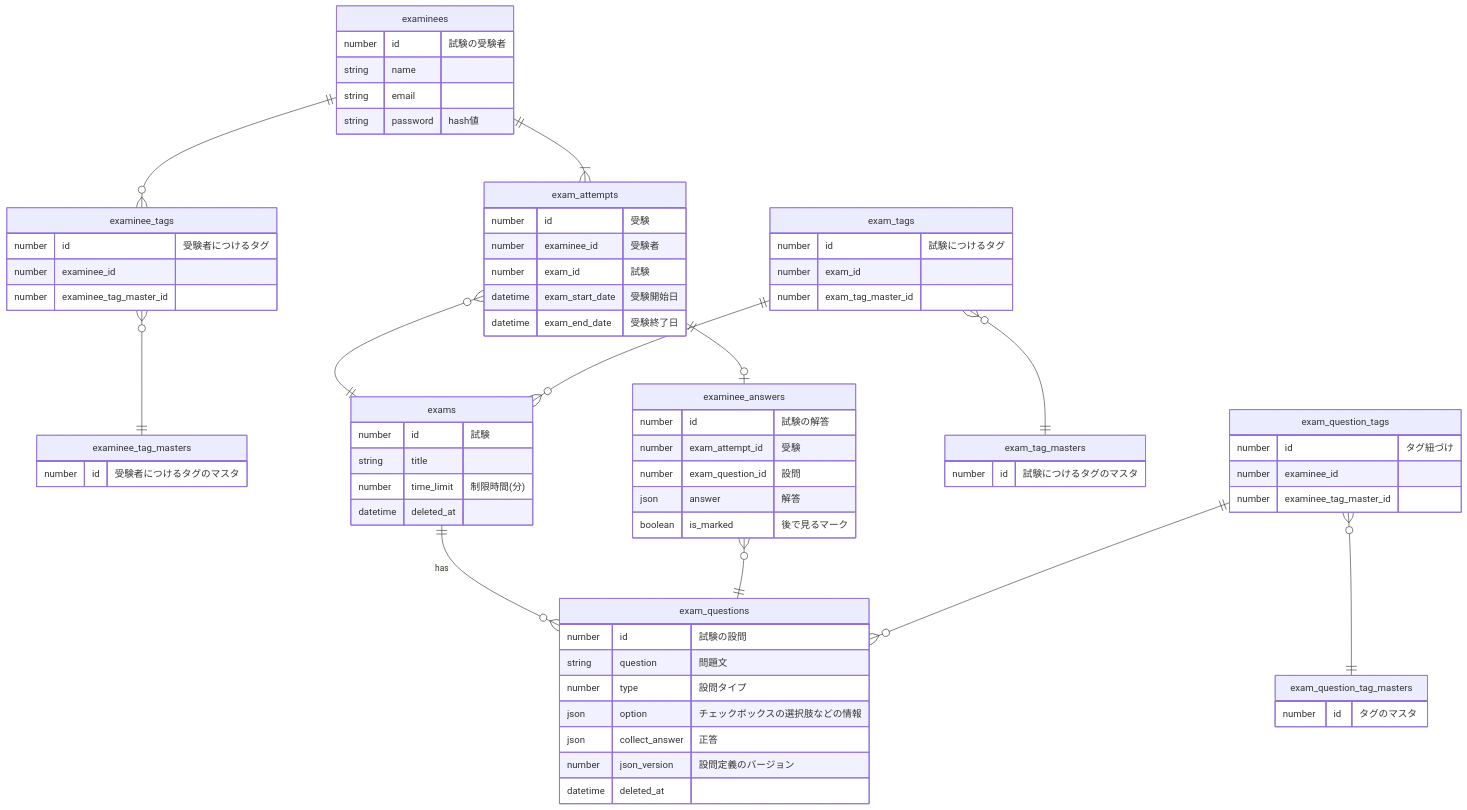
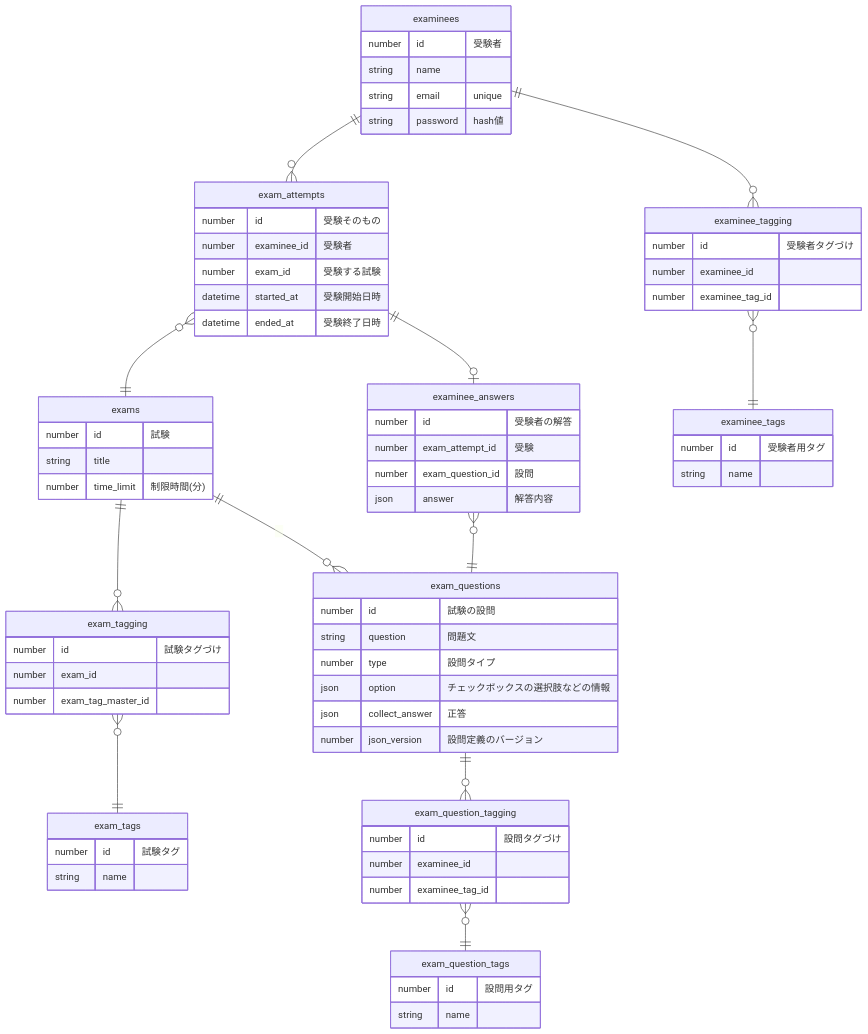
One commit to Nagisa-Ishikawa/AptitudeQuizMaster changed the diagram in doc/設計_ER図.md. Above: the diagram before and after it, drawn with Mermaid. The commit also changed other lines of this file and 2 other files, not shown here.

Commit message:
ER図更新

````diff
--- a/doc/設計_ER図.md
+++ b/doc/設計_ER図.md
@@ -23,78 +13,79 @@
 ```mermaid
 erDiagram
-	examinees {
-		number id "試験の受験者"
-		string name
-		string email
-		string password "hash値"
-	}
-	examinee_tags {
-		number id "受験者につけるタグ"
-		number examinee_id
-		number examinee_tag_master_id
-	}
-	examinee_tag_masters {
-		number id "受験者につけるタグのマスタ"
-	}
-	exam_attempts{
-		number id "受験"
-		number examinee_id "受験者"
-		number exam_id "試験"
-		datetime exam_start_date "受験開始日"
-		datetime exam_end_date "受験終了日"
-	}
-	examinee_answers {
-		number id "試験の解答"
-		number exam_attempt_id "受験"
-		number exam_question_id "設問"
-		json answer "解答"
-		boolean is_marked "後で見るマーク"
-	}
-	exams {
-		number id "試験"
-		string title
-		number time_limit "制限時間(分)"
-		datetime deleted_at
-	}
-	exam_tags {
-		number id "試験につけるタグ"
-		number exam_id
-		number exam_tag_master_id
-	}
-	exam_tag_masters {
-		number id "試験につけるタグのマスタ"
-	}
-	exam_questions {
-		number id "試験の設問"
-		string question "問題文"
-		number type "設問タイプ"
-		json option "チェックボックスの選択肢などの情報"
-		json collect_answer "正答"
-		number json_version "設問定義のバージョン"
-		datetime deleted_at
-	}
-	exam_question_tags {
-		number id "タグ紐づけ"
-		number examinee_id
-		number examinee_tag_master_id
-	}
-	exam_question_tag_masters {
-		number id "タグのマスタ"
-	}
 
-	examinees ||--|{ exam_attempts : ""
-	exam_attempts ||--o| examinee_answers: ""
-	exam_attempts }o--|| exams: ""
-	exams ||--o{ exam_questions : "has"
-	examinee_answers }o--|| exam_questions : ""
+examinees {
+	number id "受験者"
+	string name
+	string email "unique"
+	string password "hash値"
+}
+exam_attempts{
+	number id "受験そのもの"
+	number examinee_id "受験者"
+	number exam_id "受験する試験"
+	datetime started_at "受験開始日時"
+	datetime ended_at "受験終了日時"
+}
+examinee_answers {
+	number id "受験者の解答"
+	number exam_attempt_id "受験"
+	number exam_question_id "設問"
+	json answer "解答内容"
+}
 
-	examinees ||--o{ examinee_tags : ""
-	examinee_tags }o--|| examinee_tag_masters : ""
-	exam_question_tags ||--o{ exam_questions : ""
-	exam_question_tags }o--|| exam_question_tag_masters : ""
-	exam_tags ||--o{ exams : ""
-	exam_tags }o--|| exam_tag_masters : ""
-	
-	
+exams {
+	number id "試験"
+	string title
+	number time_limit "制限時間(分)"
+}
+exam_questions {
+	number id "試験の設問"
+	string question "問題文"
+	number type "設問タイプ"
+	json option "チェックボックスの選択肢などの情報"
+	json collect_answer "正答"
+	number json_version "設問定義のバージョン"
+}
+
+examinee_tagging {
+	number id "受験者タグづけ"
+	number examinee_id
+	number examinee_tag_id
+}
+examinee_tags {
+	number id "受験者用タグ"
+	string name
+}
+exam_tagging {
+	number id "試験タグづけ"
+	number exam_id
+	number exam_tag_master_id
+}
+exam_tags {
+	number id "試験タグ"
+	string name
+}
+exam_question_tagging {
+	number id "設問タグづけ"
+	number examinee_id
+	number examinee_tag_id
+}
+exam_question_tags {
+	number id "設問用タグ"
+	string name
+}
+
+examinees ||--o{ exam_attempts : ""
+exam_attempts ||--o| examinee_answers: ""
+exam_attempts }o--|| exams: ""
+exams ||--o{ exam_questions : "　"
+examinee_answers }o--|| exam_questions : ""
+
+examinees ||--o{ examinee_tagging : ""
+examinee_tagging }o--|| examinee_tags : ""
+exams ||--o{ exam_tagging : ""
+exam_tagging }o--|| exam_tags : ""
+exam_questions ||--o{ exam_question_tagging : ""
+exam_question_tagging }o--|| exam_question_tags : ""
 
 ```
````
